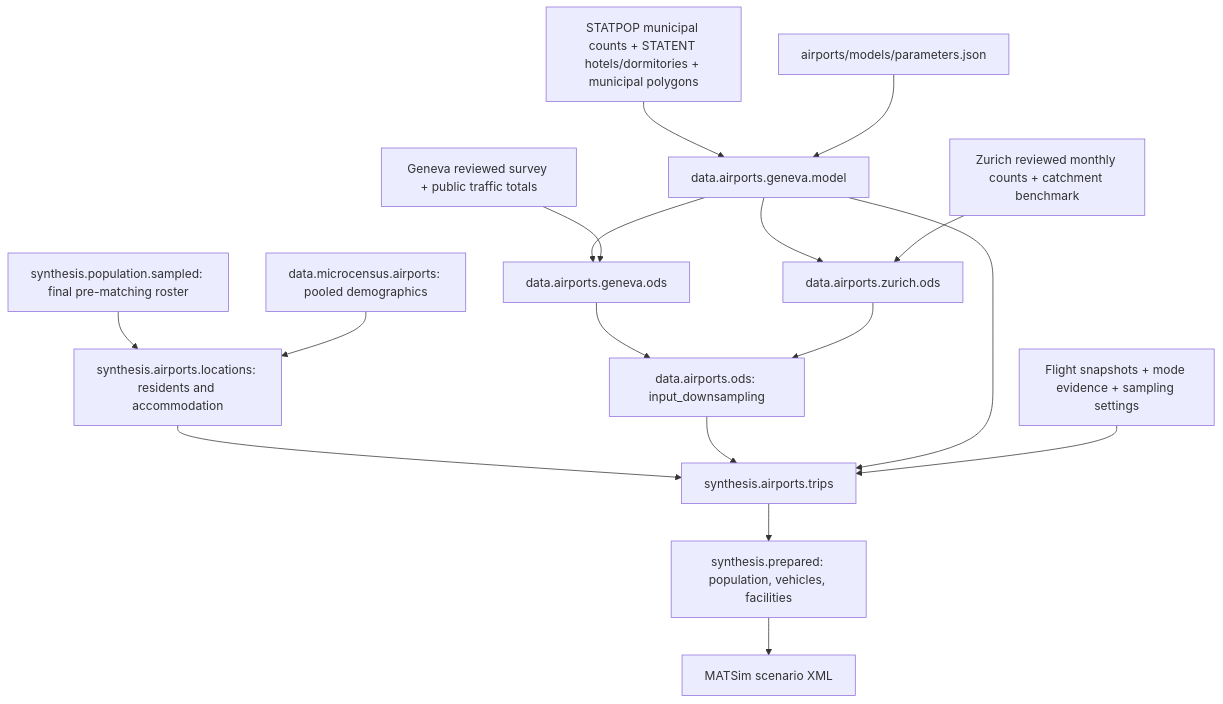
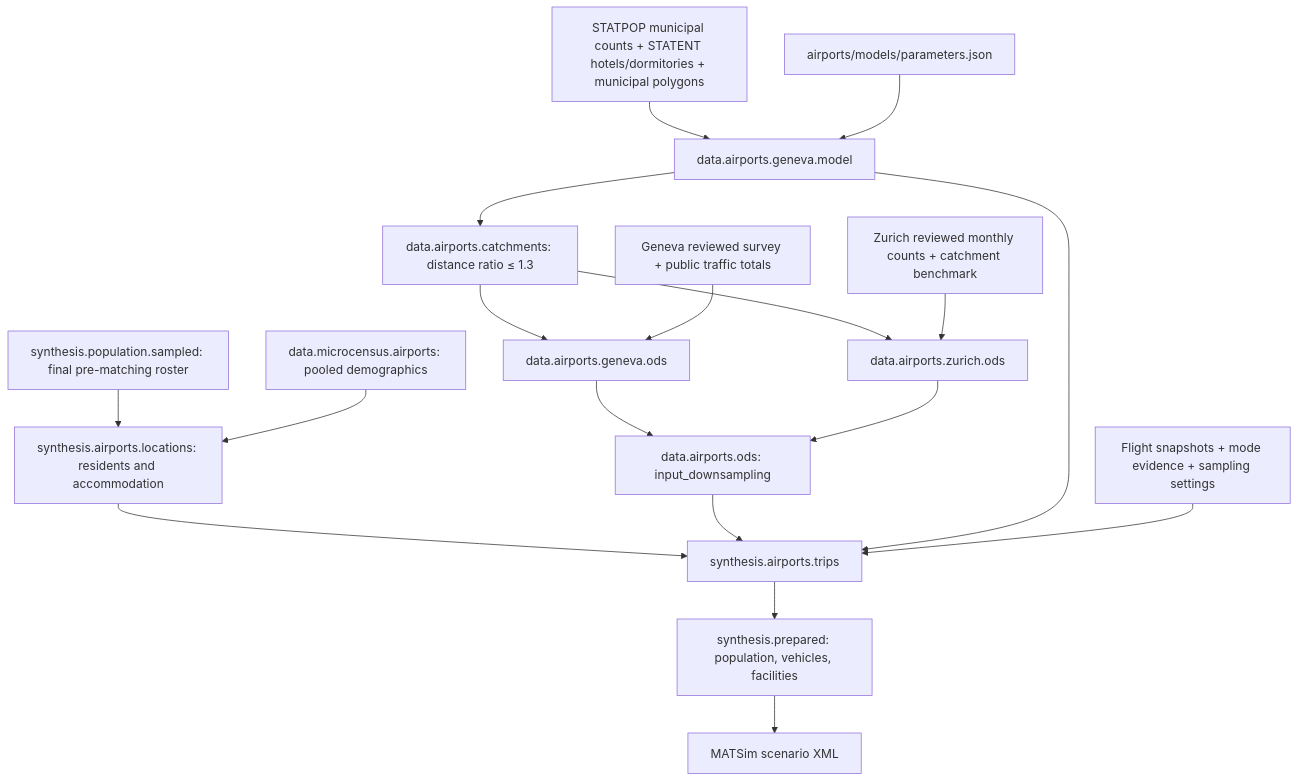
Before and after one commit to eqasim-org/eqasim-switzerland: the diagram in doc/data/airports/README.md, drawn with Mermaid. The commit also changed other lines of this file and 12 other files, not shown here.

````diff
--- a/doc/data/airports/README.md
+++ b/doc/data/airports/README.md
@@ -18,19 +18,20 @@
 ```mermaid
 flowchart TD
     Census[STATPOP municipal counts + STATENT hotels/dormitories + municipal polygons] --> Model[data.airports.geneva.model]
     Saved[airports/models/parameters.json] --> Model
-    Model --> Geneva[data.airports.geneva.ods]
-    Model --> Zurich[data.airports.zurich.ods]
+    Model --> Catchments[data.airports.catchments: distance ratio ≤ 1.3]
+    Catchments --> Geneva[data.airports.geneva.ods]
+    Catchments --> Zurich[data.airports.zurich.ods]
     GenevaSources[Geneva reviewed survey + public traffic totals] --> Geneva
     ZurichSources[Zurich reviewed monthly counts + catchment benchmark] --> Zurich
     Roster[synthesis.population.sampled: final pre-matching roster] --> Locations
     Survey[data.microcensus.airports: pooled demographics] --> Locations
     Locations[synthesis.airports.locations: residents and accommodation] --> Trips[synthesis.airports.trips]
     Geneva --> Scaled[data.airports.ods: input_downsampling]
     Zurich --> Scaled
     Scaled --> Trips
     Model --> Trips
     Timing[Flight snapshots + mode evidence + sampling settings] --> Trips
     Trips --> Prepared[synthesis.prepared: population, vehicles, facilities]
     Prepared --> XML[MATSim scenario XML]
 ```
````
